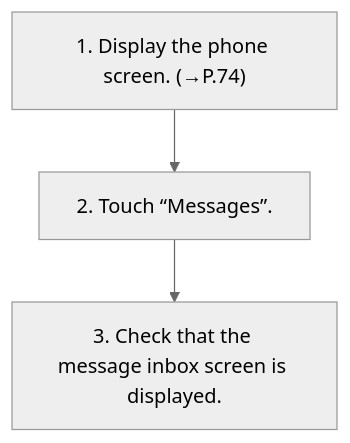
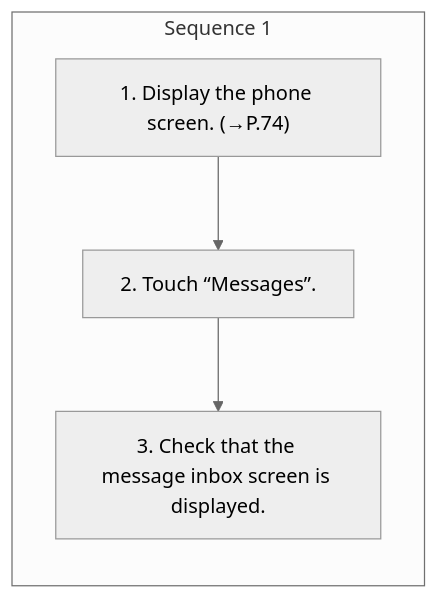
The diagram in workspace/subaru/outback-2026/ivi/published/phone/15-bluetooth-phone-message-function.md (Chieko-Y/my-spec-generator), drawn with Mermaid (neutral theme) before and after one commit. The commit also changed other lines of this file and 268 other files, not shown here.

````diff
--- a/workspace/subaru/outback-2026/ivi/published/phone/15-bluetooth-phone-message-function.md
+++ b/workspace/subaru/outback-2026/ivi/published/phone/15-bluetooth-phone-message-function.md
@@ -14,8 +14,11 @@
 ```mermaid
 flowchart TD
-    S1["1. Display the phone screen. (→P.74)"]
-    S2["2. Touch “Messages”."]
-    S3["3. Check that the message inbox screen is displayed."]
-    S1 --> S2
-    S2 --> S3
+    subgraph SEQ1["Sequence 1"]
+    direction TB
+    S1_1["1. Display the phone screen. (→P.74)"]
+    S1_2["2. Touch “Messages”."]
+    S1_3["3. Check that the message inbox screen is displayed."]
+    S1_1 --> S1_2
+    S1_2 --> S1_3
+    end
 ```
````
